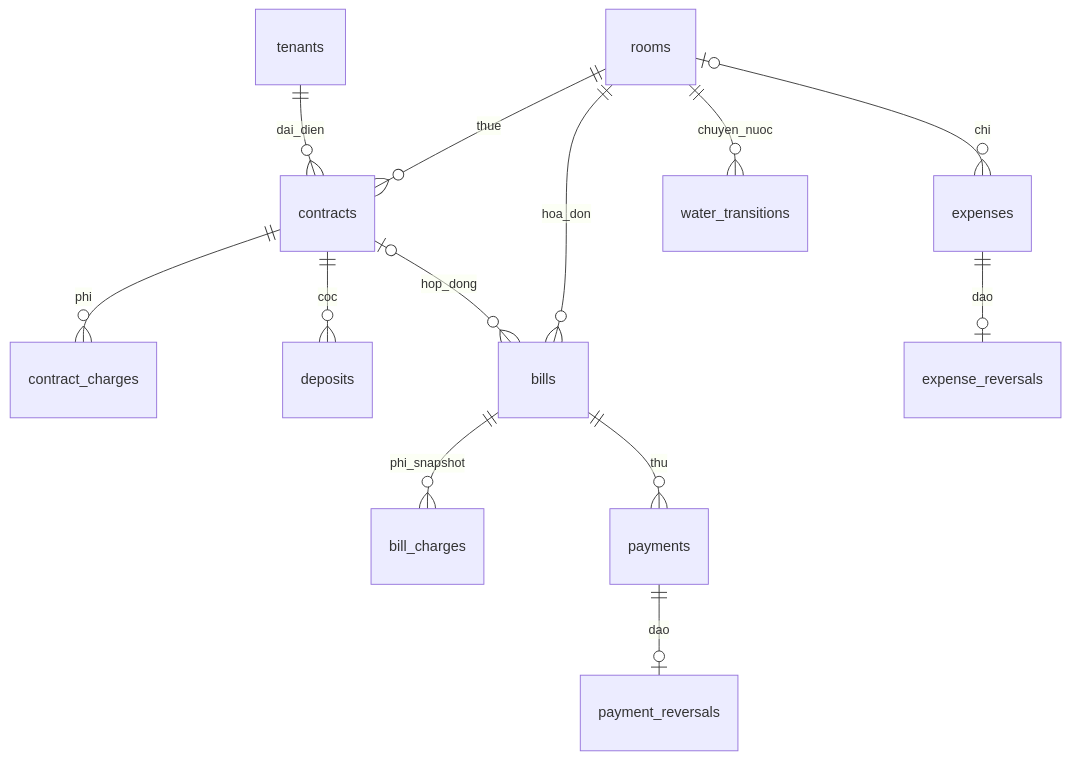
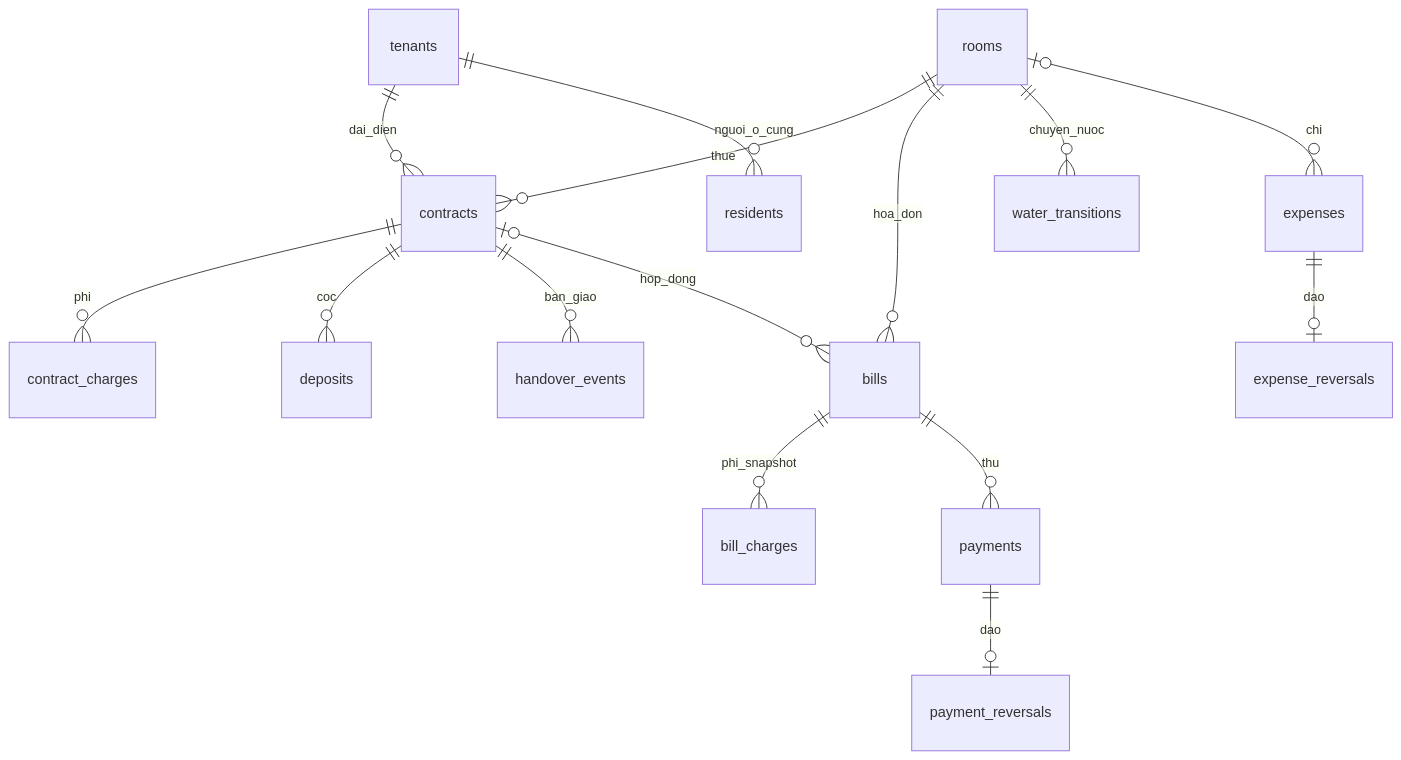
The diagram in docs/architecture.md (AnkjoD/NhaTroHomu), drawn with Mermaid before and after one commit. The commit also changed other lines of this file and 32 other files, not shown here.

````diff
--- a/docs/architecture.md
+++ b/docs/architecture.md
@@ -47,15 +49,17 @@
 ```mermaid
 erDiagram
     rooms ||--o{ contracts : thue
     tenants ||--o{ contracts : dai_dien
+    tenants ||--o{ residents : nguoi_o_cung
     contracts ||--o{ contract_charges : phi
     contracts ||--o{ deposits : coc
+    contracts ||--o{ handover_events : ban_giao
     rooms ||--o{ bills : hoa_don
     contracts o|--o{ bills : hop_dong
     bills ||--o{ bill_charges : phi_snapshot
     bills ||--o{ payments : thu
     payments ||--o| payment_reversals : dao
     rooms ||--o{ water_transitions : chuyen_nuoc
     rooms o|--o{ expenses : chi
     expenses ||--o| expense_reversals : dao
 ```
````
